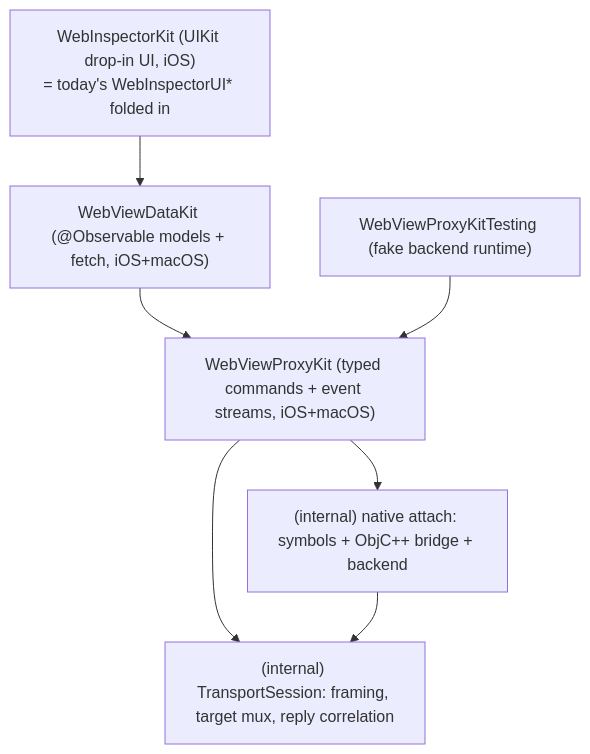
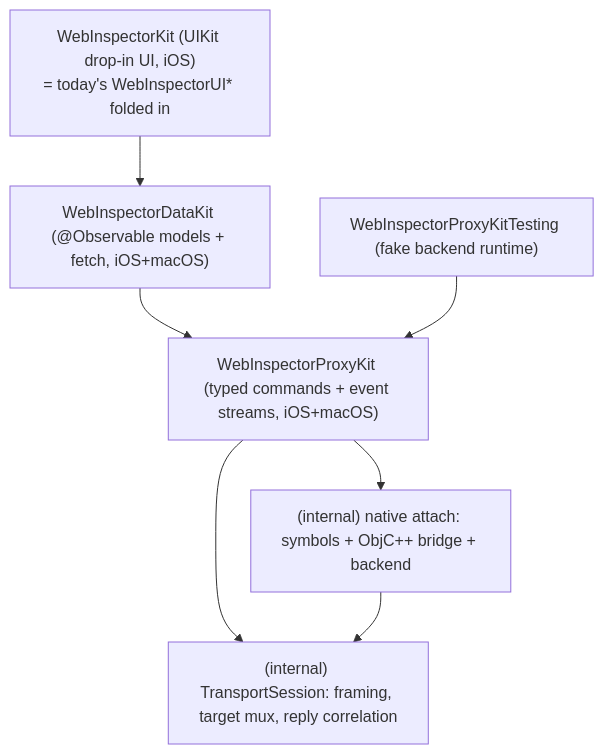
Before and after one commit to lynnswap/WebInspectorKit: the diagram in Docs/Rearchitecture/05-two-layer-sdk-design.md, drawn with Mermaid. The commit also changed other lines of this file and 47 other files, not shown here.

Commit message:
refactor(api): finalize WebInspector SDK surface

````diff
--- a/Docs/Rearchitecture/05-two-layer-sdk-design.md
+++ b/Docs/Rearchitecture/05-two-layer-sdk-design.md
@@ -60,16 +60,16 @@
 ```mermaid
 flowchart TD
     UI["WebInspectorKit (UIKit drop-in UI, iOS)<br/>= today's WebInspectorUI* folded in"]
-    Data["WebViewDataKit (@Observable models + fetch, iOS+macOS)"]
-    Proxy["WebViewProxyKit (typed commands + event streams, iOS+macOS)"]
-    Testing["WebViewProxyKitTesting (fake backend runtime)"]
+    Data["WebInspectorDataKit (@Observable models + fetch, iOS+macOS)"]
+    Proxy["WebInspectorProxyKit (typed commands + event streams, iOS+macOS)"]
+    Testing["WebInspectorProxyKitTesting (fake backend runtime)"]
     NT["(internal) native attach: symbols + ObjC++ bridge + backend"]
     T["(internal) TransportSession: framing, target mux, reply correlation"]
 
     UI --> Data
     Data --> Proxy
     Testing --> Proxy
     Proxy --> T
     Proxy --> NT
     NT --> T
 ```
````
